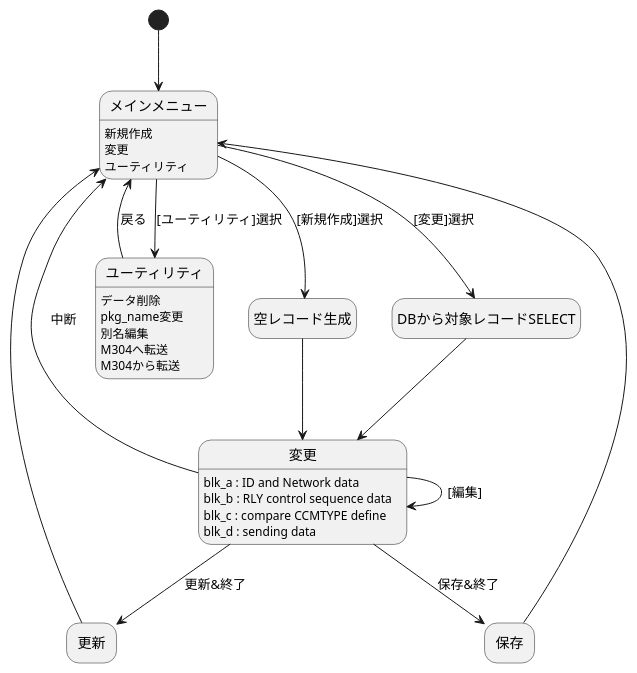
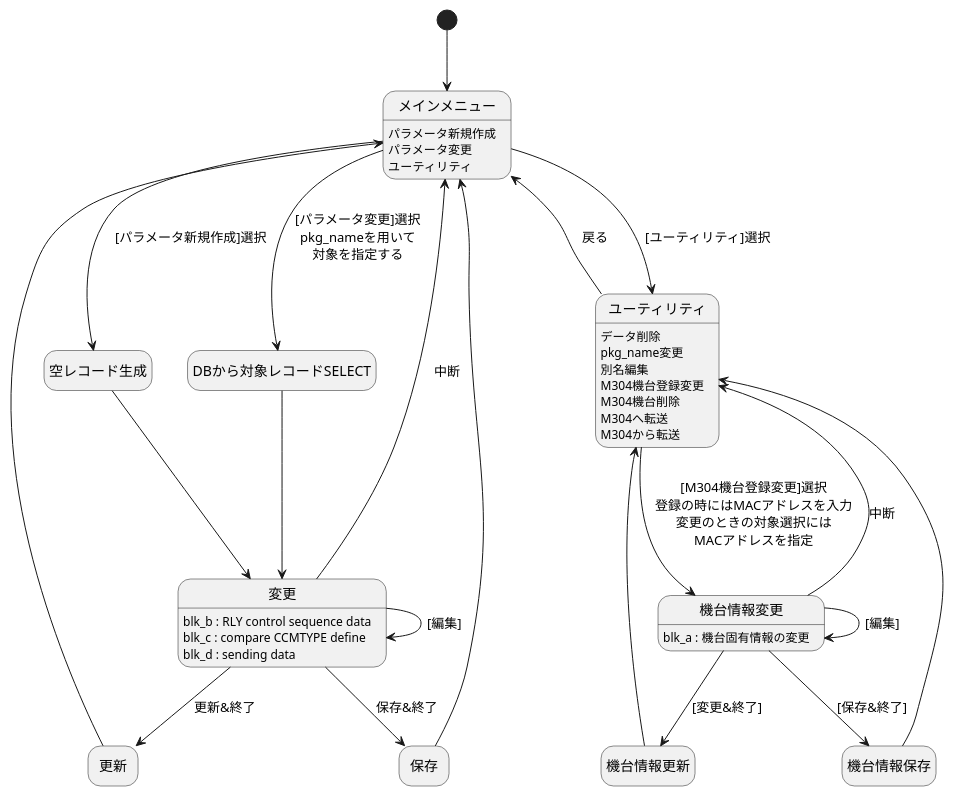
The diagram in public_html/docs/state.puml (mhorimoto/M304-lowcode), drawn with PlantUML before and after one commit.

Commit message:
blk_aを機台管理に移行する。

```diff
--- a/public_html/docs/state.puml
+++ b/public_html/docs/state.puml
@@ -1,38 +1,54 @@
 @startuml
 hide empty description
 [*] --> メインメニュー
 
 state メインメニュー  {
-    メインメニュー : 新規作成
-    メインメニュー : 変更
+    メインメニュー : パラメータ新規作成
+    メインメニュー : パラメータ変更
     メインメニュー : ユーティリティ
 }
 
-メインメニュー --> 空レコード生成 : [新規作成]選択
-メインメニュー --> DBから対象レコードSELECT : [変更]選択
+メインメニュー --> 空レコード生成 : [パラメータ新規作成]選択
+メインメニュー --> DBから対象レコードSELECT : [パラメータ変更]選択\npkg_nameを用いて\n\
+対象を指定する
 空レコード生成 --> 変更
 DBから対象レコードSELECT --> 変更
 メインメニュー --> ユーティリティ : [ユーティリティ]選択
 ユーティリティ --> メインメニュー : 戻る
+ユーティリティ --> 機台情報変更 : [M304機台登録変更]選択\n登録の時にはMACアドレスを入力\n\
+変更のときの対象選択には\nMACアドレスを指定
+機台情報変更 --> ユーティリティ : 中断
+機台情報変更 --> 機台情報更新 : [変更&終了]
+機台情報更新 --> ユーティリティ
+機台情報変更 --> 機台情報保存 : [保存&終了]
+機台情報保存 --> ユーティリティ
+
 変更 --> メインメニュー : 中断
 変更 --> 更新 : 更新&終了
 更新 --> メインメニュー
 変更 --> 保存 : 保存&終了
 保存 --> メインメニュー
 
 state ユーティリティ {
     ユーティリティ : データ削除
     ユーティリティ : pkg_name変更
     ユーティリティ : 別名編集
+    ユーティリティ : M304機台登録変更
+    ユーティリティ : M304機台削除
     ユーティリティ : M304へ転送
     ユーティリティ : M304から転送
 }
 
 state 変更 {
-    変更 : blk_a : ID and Network data
     変更 : blk_b : RLY control sequence data
     変更 : blk_c : compare CCMTYPE define
     変更 : blk_d : sending data
 }
 変更 --> 変更 : [編集]
+
+state 機台情報変更 {
+    機台情報変更 : blk_a : 機台固有情報の変更
+}
+機台情報変更 --> 機台情報変更 : [編集]
+
 @enduml
```
